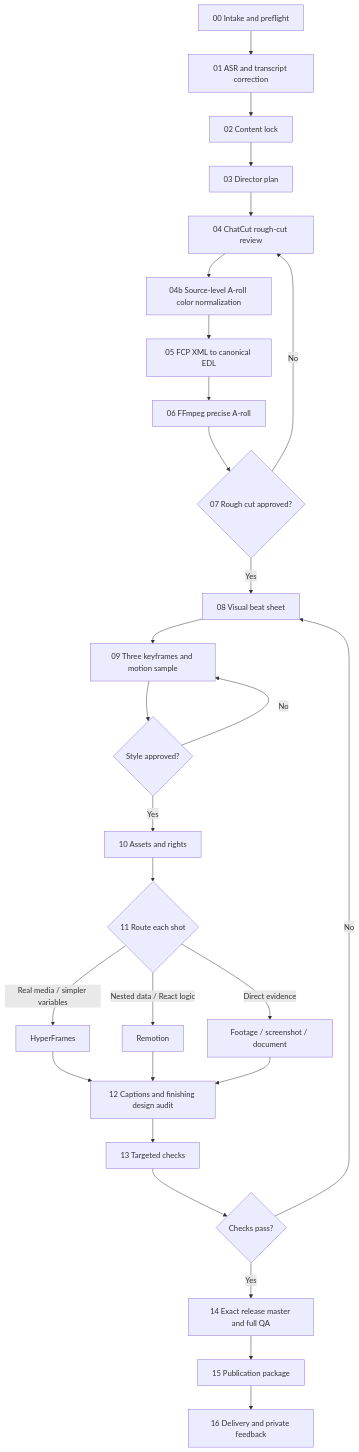
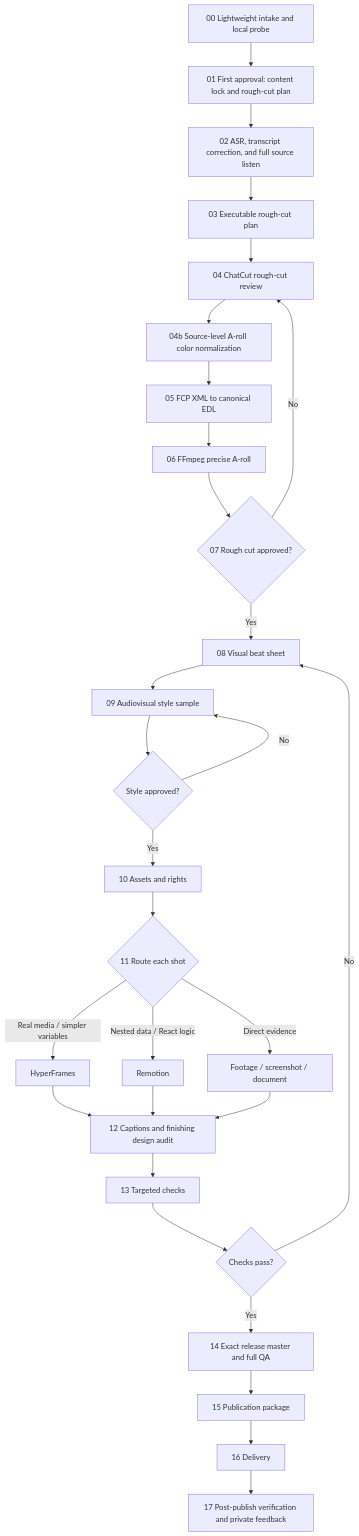
The diagram in skill/ai-video-director/references/workflow.md (yomage-ai/ai-video-director-skill), drawn with Mermaid before and after one commit. The commit also changed other lines of this file and 61 other files, not shown here.

````diff
--- a/skill/ai-video-director/references/workflow.md
+++ b/skill/ai-video-director/references/workflow.md
@@ -16,30 +16,31 @@
 ```mermaid
 flowchart TD
-  A["00 Intake and preflight"] --> B["01 ASR and transcript correction"]
-  B --> C["02 Content lock"]
-  C --> D["03 Director plan"]
+  A["00 Lightweight intake and local probe"] --> B["01 First approval: content lock and rough-cut plan"]
+  B --> C["02 ASR, transcript correction, and full source listen"]
+  C --> D["03 Executable rough-cut plan"]
   D --> E["04 ChatCut rough-cut review"]
   E --> E2["04b Source-level A-roll color normalization"]
   E2 --> F["05 FCP XML to canonical EDL"]
   F --> G["06 FFmpeg precise A-roll"]
   G --> H{"07 Rough cut approved?"}
   H -->|"No"| E
   H -->|"Yes"| I["08 Visual beat sheet"]
-  I --> J["09 Three keyframes and motion sample"]
+  I --> J["09 Audiovisual style sample"]
   J --> K{"Style approved?"}
   K -->|"No"| J
   K -->|"Yes"| L["10 Assets and rights"]
   L --> M{"11 Route each shot"}
   M -->|"Real media / simpler variables"| N["HyperFrames"]
   M -->|"Nested data / React logic"| O["Remotion"]
   M -->|"Direct evidence"| P["Footage / screenshot / document"]
   N --> Q["12 Captions and finishing design audit"]
   O --> Q
   P --> Q
   Q --> R["13 Targeted checks"]
   R --> S{"Checks pass?"}
   S -->|"No"| I
   S -->|"Yes"| T["14 Exact release master and full QA"]
   T --> U["15 Publication package"]
-  U --> V["16 Delivery and private feedback"]
+  U --> V["16 Delivery"]
+  V --> W["17 Post-publish verification and private feedback"]
 ```
````
